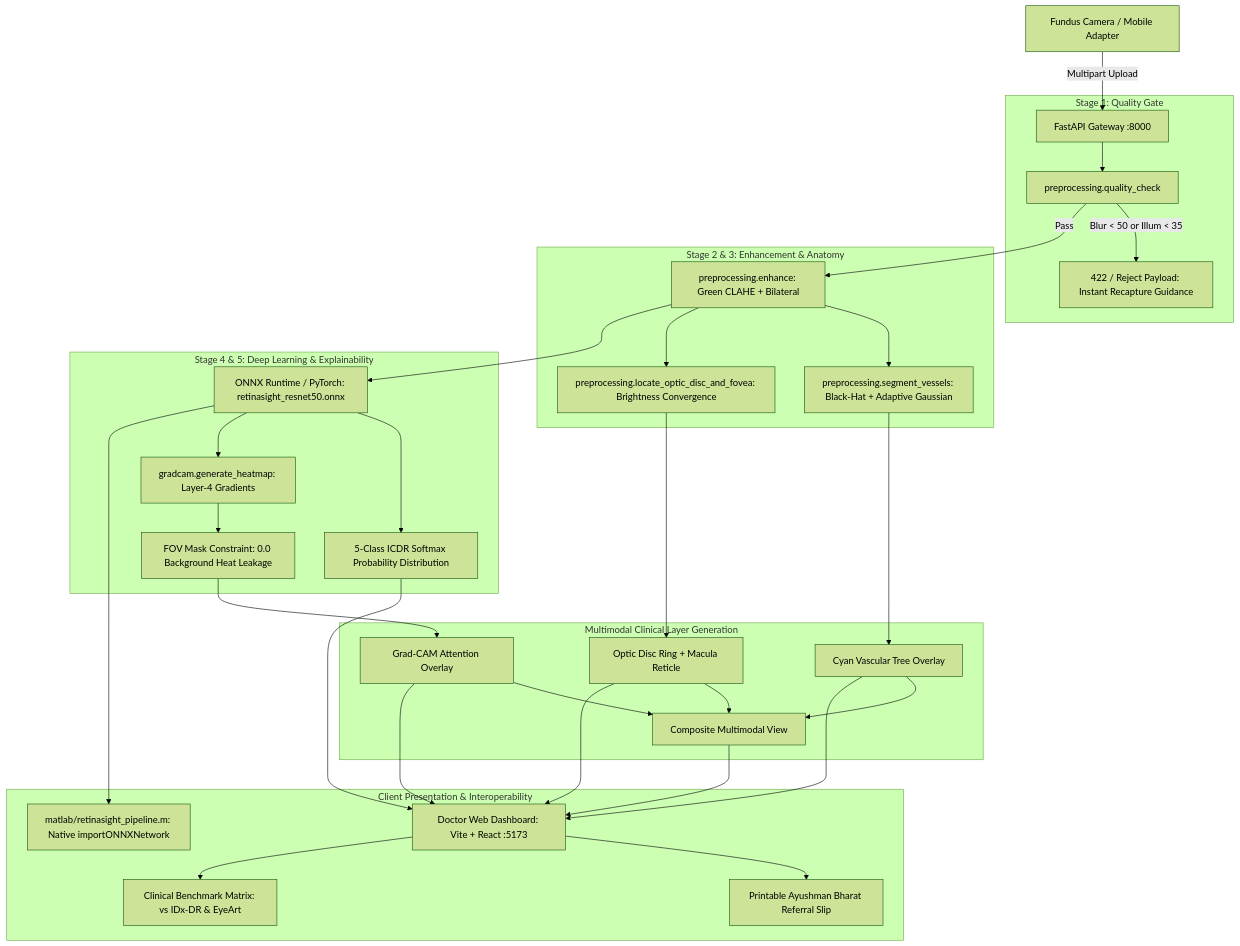
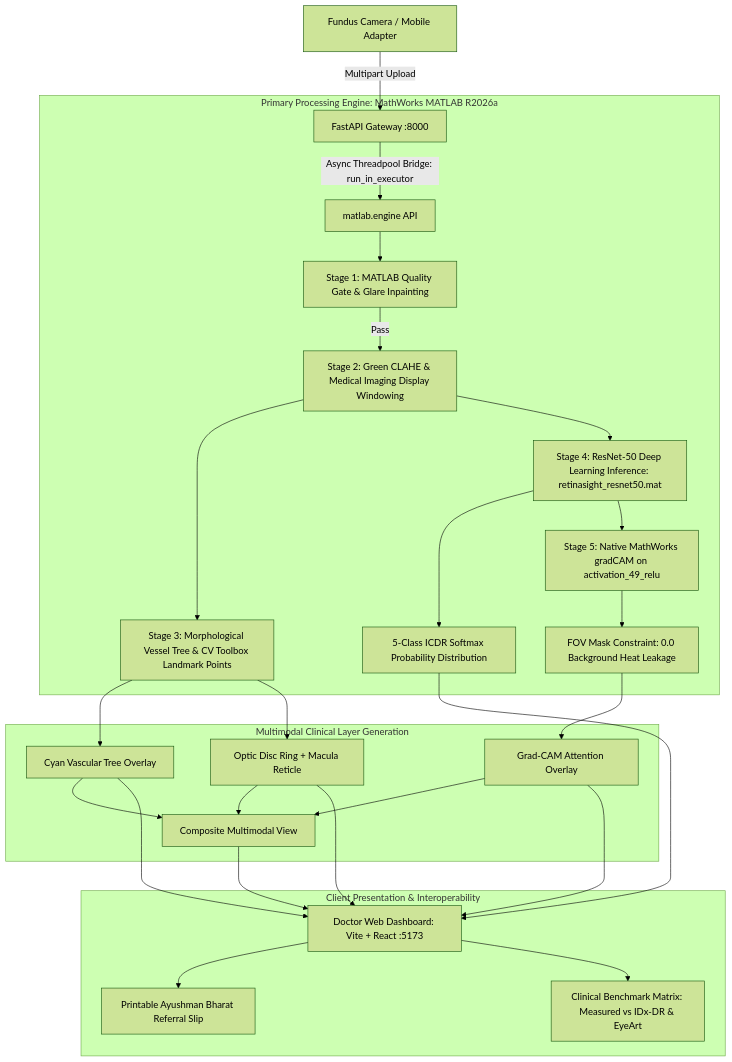
Before and after one commit to mohanprasath-dev/retinasight: the diagram in PROJECT_MAP.md, drawn with Mermaid (forest theme). The commit also changed other lines of this file and 13 other files, not shown here.

Commit message:
feat(pipeline): establish MATLAB primary engine, async FastAPI, Kaggle training suite, and clinical metrics

````diff
--- a/PROJECT_MAP.md
+++ b/PROJECT_MAP.md
@@ -29,36 +30,28 @@
 ```mermaid
 graph TD
     A[Fundus Camera / Mobile Adapter] -->|Multipart Upload| B[FastAPI Gateway :8000]
     
-    subgraph Stage 1: Quality Gate
-        B --> C[preprocessing.quality_check]
-        C -->|Blur < 50 or Illum < 35| D[422 / Reject Payload: Instant Recapture Guidance]
-    end
-    
-    subgraph Stage 2 & 3: Enhancement & Anatomy
-        C -->|Pass| E[preprocessing.enhance: Green CLAHE + Bilateral]
-        E --> F[preprocessing.segment_vessels: Black-Hat + Adaptive Gaussian]
-        E --> G[preprocessing.locate_optic_disc_and_fovea: Brightness Convergence]
-    end
-    
-    subgraph Stage 4 & 5: Deep Learning & Explainability
-        E --> H[ONNX Runtime / PyTorch: retinasight_resnet50.onnx]
+    subgraph Primary Processing Engine: MathWorks MATLAB R2026a
+        B -->|Async Threadpool Bridge: run_in_executor| M[matlab.engine API]
+        M --> C[Stage 1: MATLAB Quality Gate & Glare Inpainting]
+        C -->|Pass| E[Stage 2: Green CLAHE & Medical Imaging Display Windowing]
+        E --> F[Stage 3: Morphological Vessel Tree & CV Toolbox Landmark Points]
+        E --> H[Stage 4: ResNet-50 Deep Learning Inference: retinasight_resnet50.mat]
         H --> I[5-Class ICDR Softmax Probability Distribution]
-        H --> J[gradcam.generate_heatmap: Layer-4 Gradients]
+        H --> J[Stage 5: Native MathWorks gradCAM on activation_49_relu]
         J --> K[FOV Mask Constraint: 0.0 Background Heat Leakage]
     end
     
     subgraph Multimodal Clinical Layer Generation
         F --> L[Cyan Vascular Tree Overlay]
-        G --> M[Optic Disc Ring + Macula Reticle]
+        F --> M2[Optic Disc Ring + Macula Reticle]
         K --> N[Grad-CAM Attention Overlay]
-        L & M & N --> O[Composite Multimodal View]
+        L & M2 & N --> O[Composite Multimodal View]
     end
     
     subgraph Client Presentation & Interoperability
-        I & L & M & N & O --> P[Doctor Web Dashboard: Vite + React :5173]
+        I & L & M2 & N & O --> P[Doctor Web Dashboard: Vite + React :5173]
         P --> Q[Printable Ayushman Bharat Referral Slip]
-        P --> R[Clinical Benchmark Matrix: vs IDx-DR & EyeArt]
-        H --> S[matlab/retinasight_pipeline.m: Native importONNXNetwork]
+        P --> R[Clinical Benchmark Matrix: Measured vs IDx-DR & EyeArt]
     end
 ```
````
